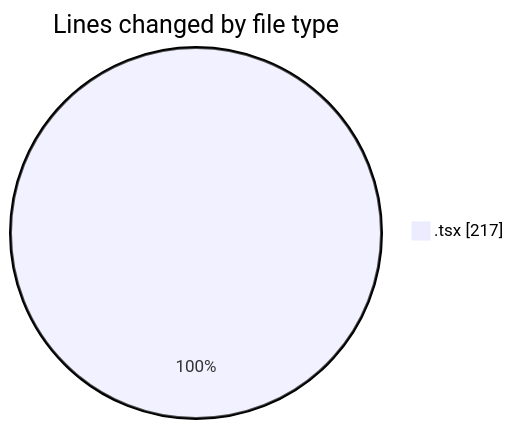
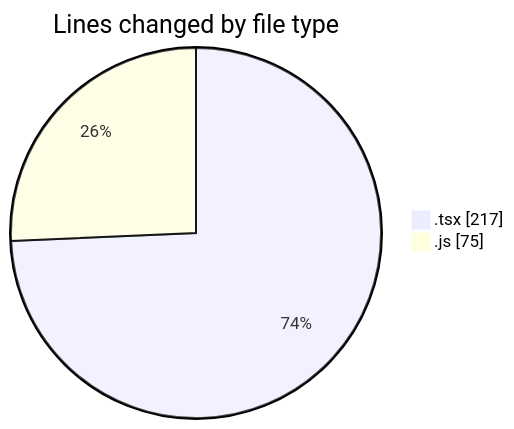
The first of 2 diagrams in 2026-04-09/cda/README.md (momahboobian/code-tracking), drawn with Mermaid before and after one commit. The commit also changed other lines of this file and 1 other file, not shown here.

````diff
--- a/2026-04-09/cda/README.md
+++ b/2026-04-09/cda/README.md
@@ -20,5 +21,6 @@
 ```mermaid
 pie showData
 title Lines changed by file type
 ".tsx" : 217
+".js" : 75
 ```
````
